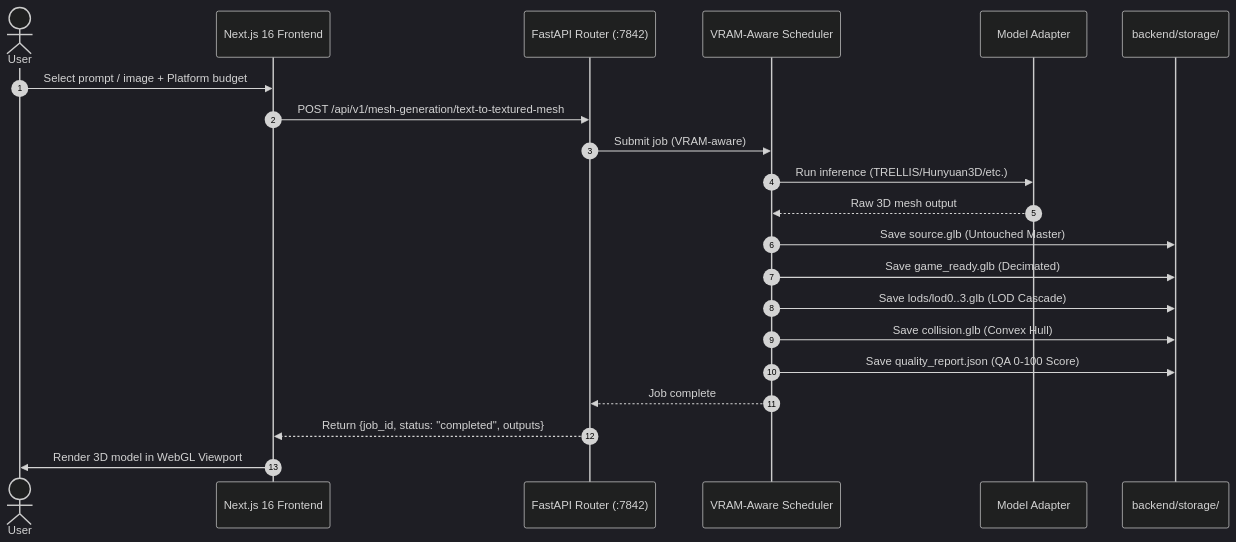
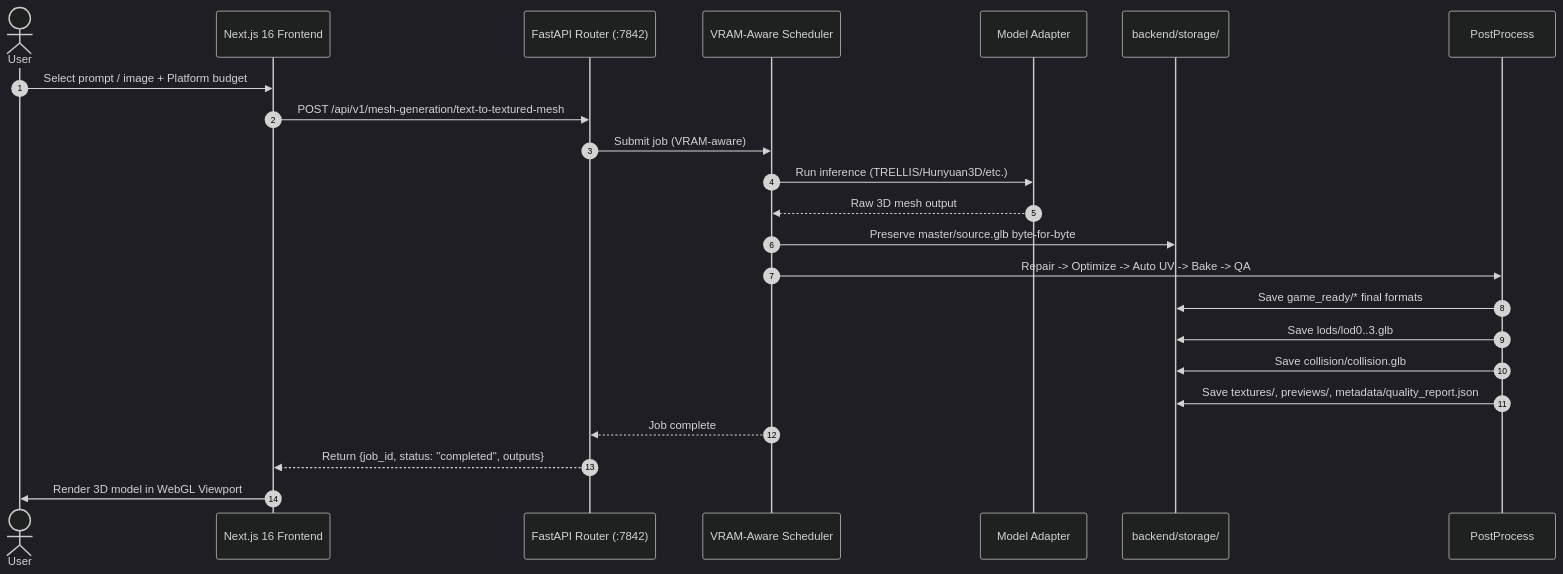
The second of 4 diagrams in Docs/ARCHITECTURE.md (Silentzx2/ForMash3D), drawn with Mermaid (dark theme) before and after one commit. The commit also changed other lines of this file and 21 other files, not shown here.

````diff
--- a/Docs/ARCHITECTURE.md
+++ b/Docs/ARCHITECTURE.md
@@ -149,24 +148,25 @@
 ```mermaid
 sequenceDiagram
     autonumber
     actor User
     participant Frontend as Next.js 16 Frontend
     participant API as FastAPI Router (:7842)
     participant SCHED as VRAM-Aware Scheduler
     participant Adapter as Model Adapter
     participant Storage as backend/storage/
 
     User->>Frontend: Select prompt / image + Platform budget
     Frontend->>API: POST /api/v1/mesh-generation/text-to-textured-mesh
     API->>SCHED: Submit job (VRAM-aware)
     SCHED->>Adapter: Run inference (TRELLIS/Hunyuan3D/etc.)
     Adapter-->>SCHED: Raw 3D mesh output
-    SCHED->>Storage: Save source.glb (Untouched Master)
-    SCHED->>Storage: Save game_ready.glb (Decimated)
-    SCHED->>Storage: Save lods/lod0..3.glb (LOD Cascade)
-    SCHED->>Storage: Save collision.glb (Convex Hull)
-    SCHED->>Storage: Save quality_report.json (QA 0-100 Score)
+    SCHED->>Storage: Preserve master/source.glb byte-for-byte
+    SCHED->>PostProcess: Repair -> Optimize -> Auto UV -> Bake -> QA
+    PostProcess->>Storage: Save game_ready/* final formats
+    PostProcess->>Storage: Save lods/lod0..3.glb
+    PostProcess->>Storage: Save collision/collision.glb
+    PostProcess->>Storage: Save textures/, previews/, metadata/quality_report.json
     SCHED-->>API: Job complete
     API-->>Frontend: Return {job_id, status: "completed", outputs}
     Frontend->>User: Render 3D model in WebGL Viewport
 ```
````
